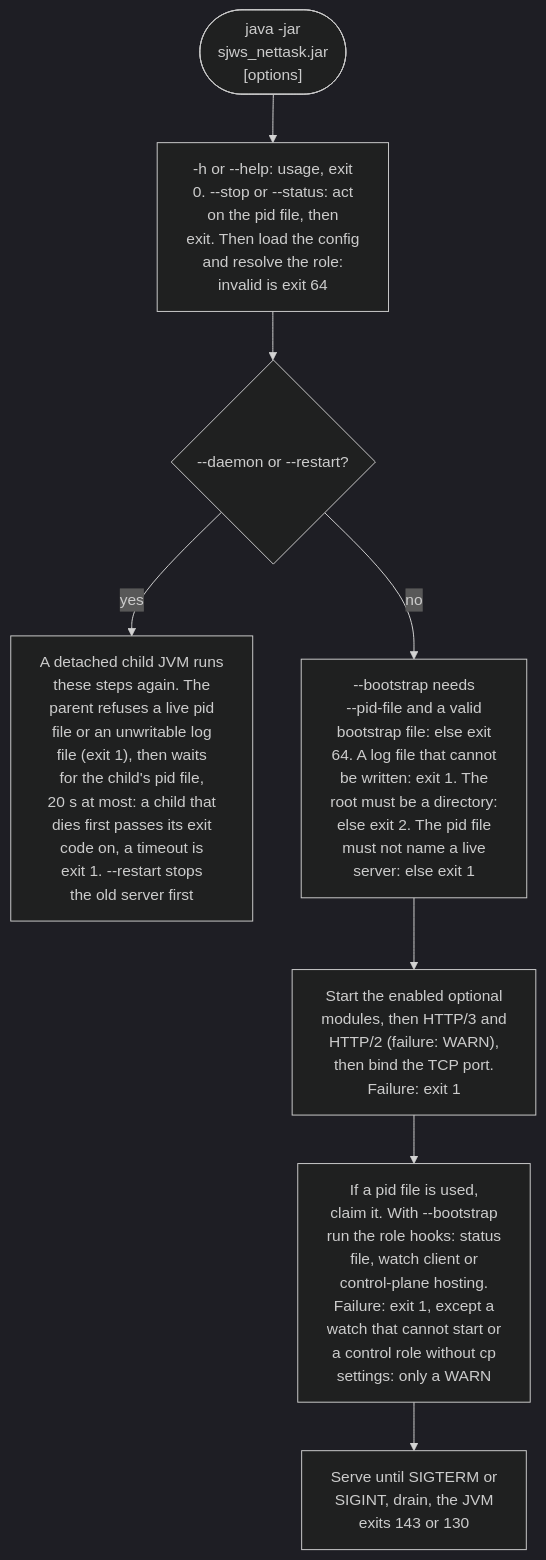
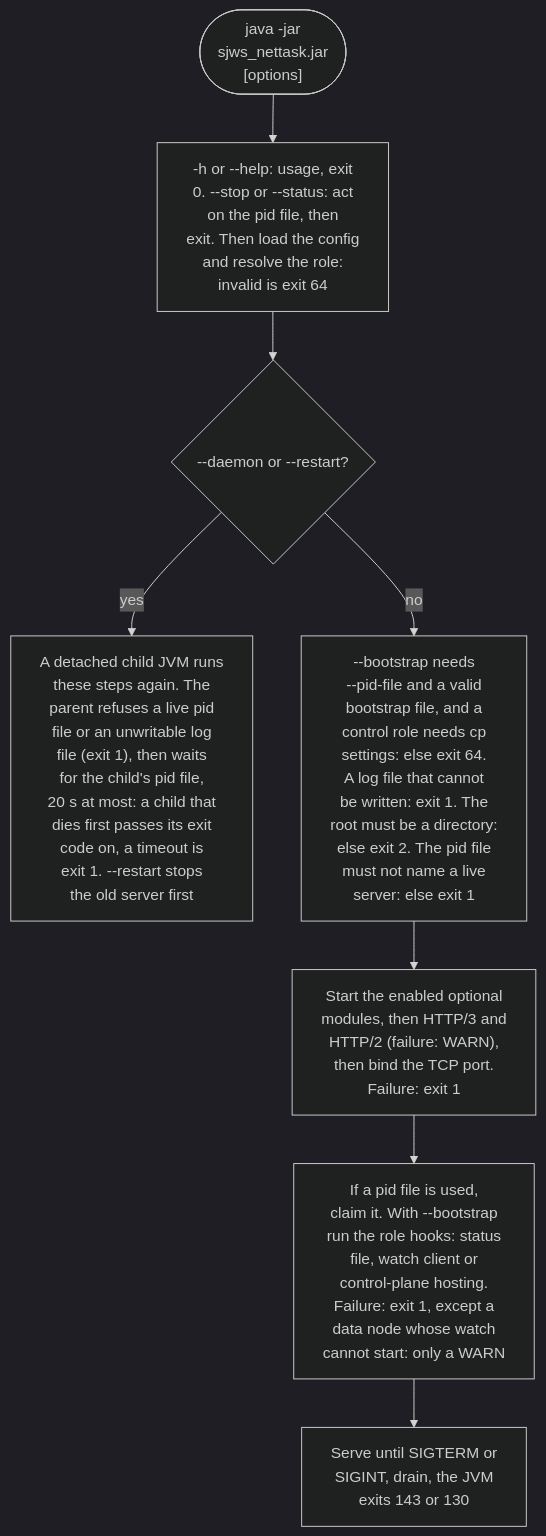
The diagram in docs/user/command-line.md (BlivionIaG/sjws_nettask), drawn with Mermaid (dark theme) before and after one commit. The commit also changed 7 other files, not shown here.

First line of the commit message:
docs: update the diagrams for the 30 new master commits

````diff
--- a/docs/user/command-line.md
+++ b/docs/user/command-line.md
@@ -61,10 +61,10 @@
 ```mermaid
 flowchart TD
     s(["java -jar<br/>sjws_nettask.jar<br/>[options]"]) --> a["-h or --help: usage, exit<br/>0. --stop or --status: act<br/>on the pid file, then<br/>exit. Then load the config<br/>and resolve the role:<br/>invalid is exit 64"]
     a --> d{"--daemon or --restart?"}
     d -->|yes| e["A detached child JVM runs<br/>these steps again. The<br/>parent refuses a live pid<br/>file or an unwritable log<br/>file (exit 1), then waits<br/>for the child's pid file,<br/>20 s at most: a child that<br/>dies first passes its exit<br/>code on, a timeout is<br/>exit 1. --restart stops<br/>the old server first"]
-    d -->|no| bs["--bootstrap needs<br/>--pid-file and a valid<br/>bootstrap file: else exit<br/>64. A log file that cannot<br/>be written: exit 1. The<br/>root must be a directory:<br/>else exit 2. The pid file<br/>must not name a live<br/>server: else exit 1"]
+    d -->|no| bs["--bootstrap needs<br/>--pid-file and a valid<br/>bootstrap file, and a<br/>control role needs cp<br/>settings: else exit 64.<br/>A log file that cannot<br/>be written: exit 1. The<br/>root must be a directory:<br/>else exit 2. The pid file<br/>must not name a live<br/>server: else exit 1"]
     bs --> m["Start the enabled optional<br/>modules, then HTTP/3 and<br/>HTTP/2 (failure: WARN),<br/>then bind the TCP port.<br/>Failure: exit 1"]
-    m --> hk["If a pid file is used,<br/>claim it. With --bootstrap<br/>run the role hooks: status<br/>file, watch client or<br/>control-plane hosting.<br/>Failure: exit 1, except a<br/>watch that cannot start or<br/>a control role without cp<br/>settings: only a WARN"]
+    m --> hk["If a pid file is used,<br/>claim it. With --bootstrap<br/>run the role hooks: status<br/>file, watch client or<br/>control-plane hosting.<br/>Failure: exit 1, except a<br/>data node whose watch<br/>cannot start: only a WARN"]
     hk --> i["Serve until SIGTERM or<br/>SIGINT, drain, the JVM<br/>exits 143 or 130"]
 ```
````
